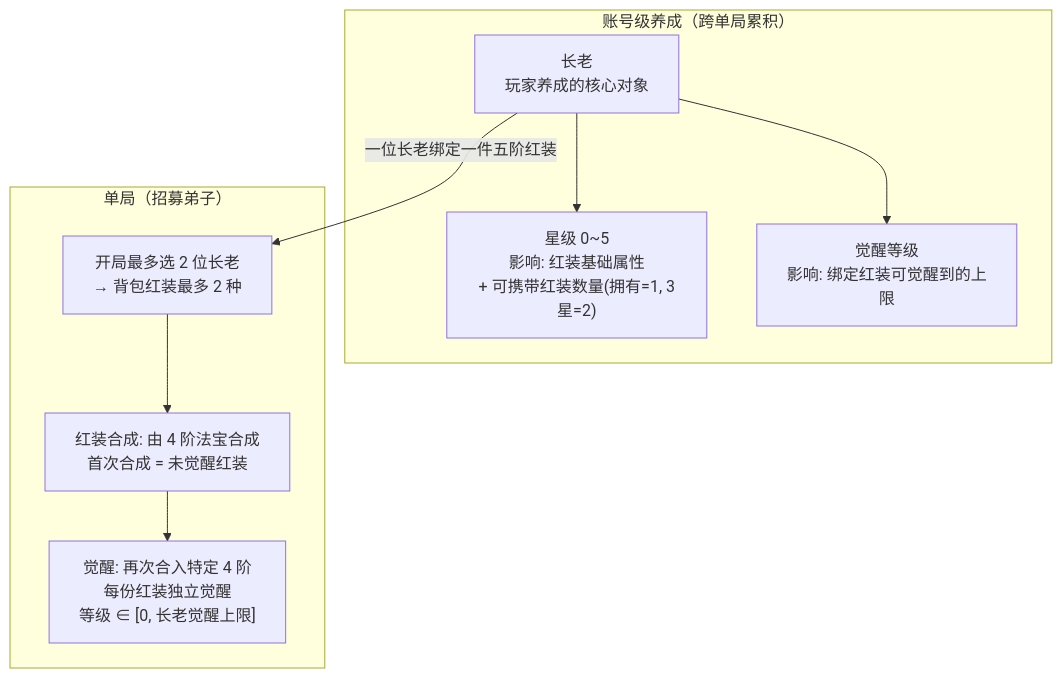
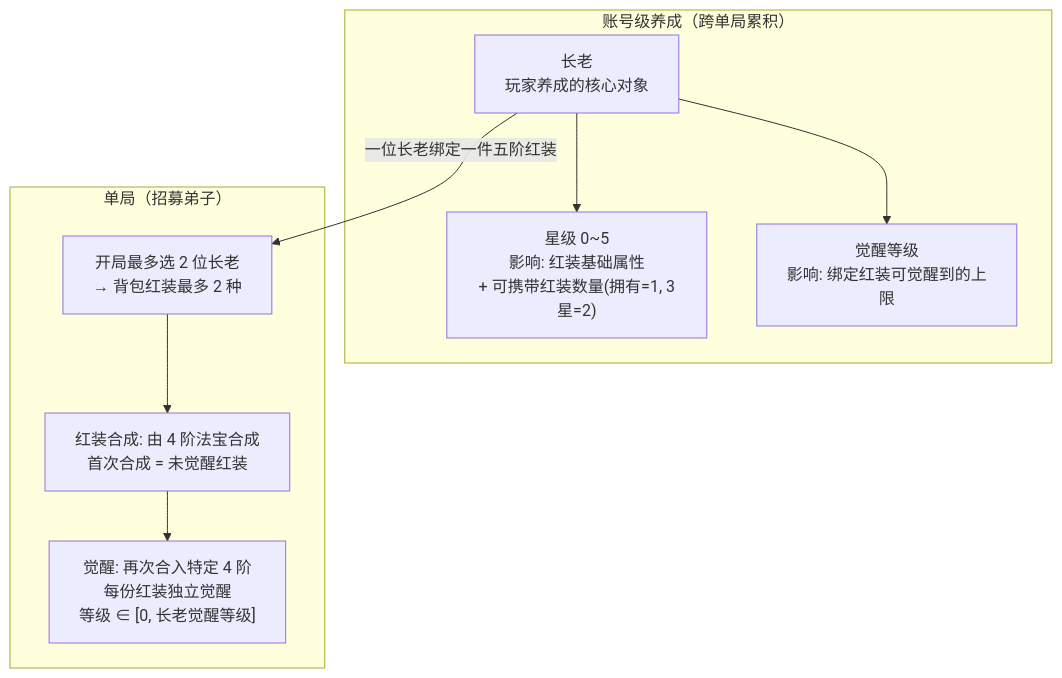
Diagram 16 of 16 in docs/architecture.md (ashulin/laozu-solver), drawn with Mermaid before and after one commit. The commit also changed other lines of this file and 20 other files, not shown here.

````diff
--- a/docs/architecture.md
+++ b/docs/architecture.md
@@ -824,15 +826,15 @@
 ```mermaid
 graph TD
     subgraph 账号养成["账号级养成（跨单局累积）"]
         E["长老<br/>玩家养成的核心对象"]
         E --> ES["星级 0~5<br/>影响: 红装基础属性<br/>+ 可携带红装数量(拥有=1, 3星=2)"]
         E --> EA["觉醒等级<br/>影响: 绑定红装可觉醒到的上限"]
     end
     subgraph 单局["单局（招募弟子）"]
         PICK["开局最多选 2 位长老<br/>→ 背包红装最多 2 种"]
         SYN["红装合成: 由 4 阶法宝合成<br/>首次合成 = 未觉醒红装"]
-        AWK["觉醒: 再次合入特定 4 阶<br/>每份红装独立觉醒<br/>等级 ∈ [0, 长老觉醒上限]"]
+        AWK["觉醒: 再次合入特定 4 阶<br/>每份红装独立觉醒<br/>等级 ∈ [0, 长老觉醒等级]"]
         PICK --> SYN --> AWK
     end
     E -->|一位长老绑定一件五阶红装| PICK
 ```
````
